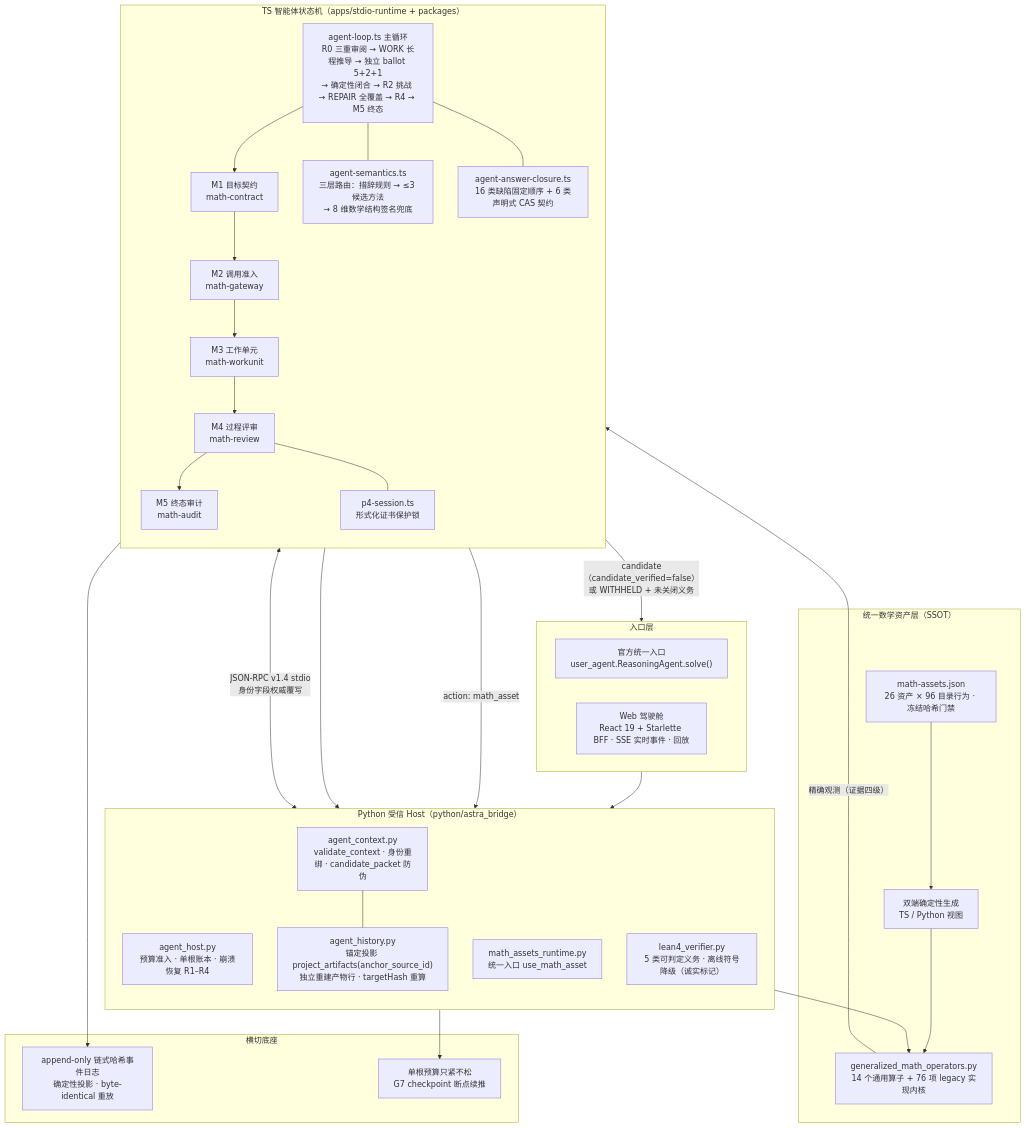
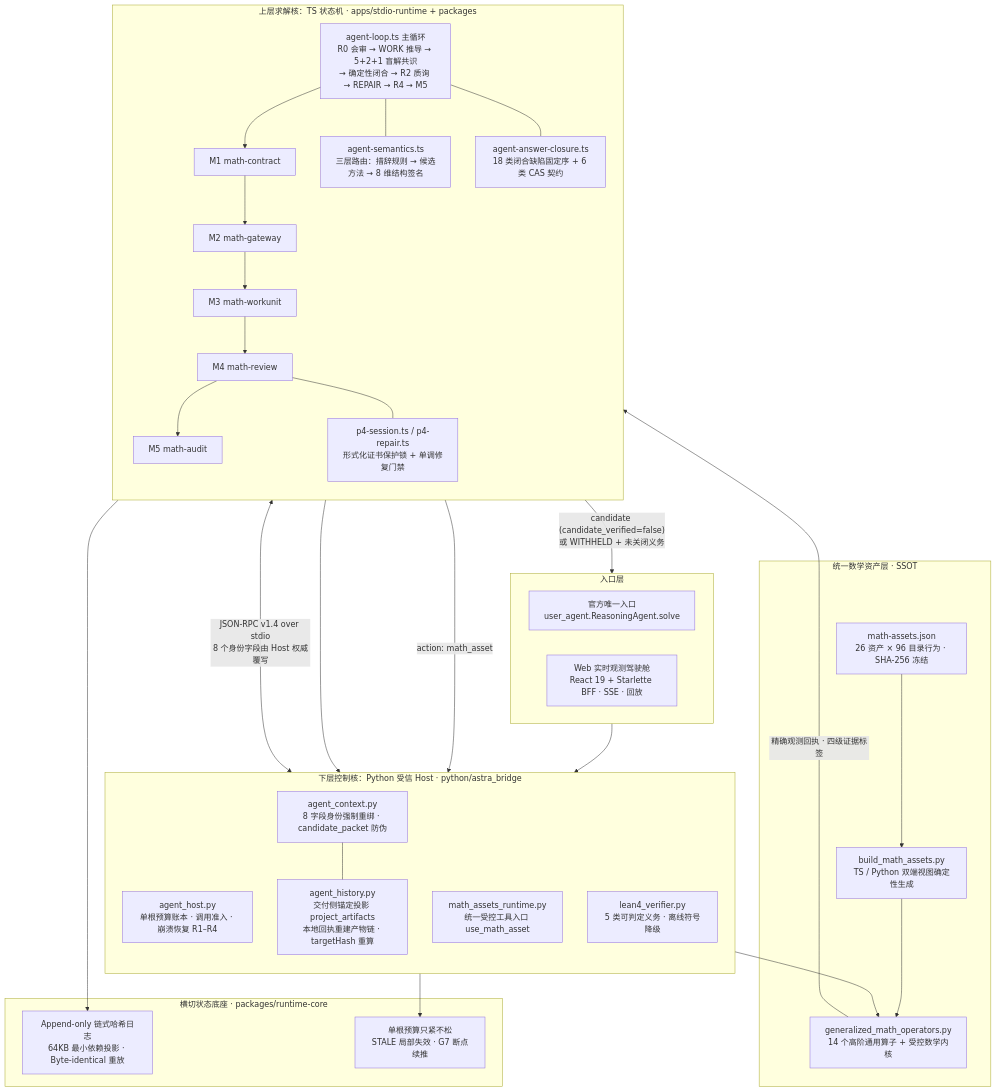
The diagram in README.md (3294682143-gif/astra-refactored), drawn with Mermaid before and after one commit. The commit also changed other lines of this file, not shown here.

Commit message:
docs(readme): rewrite README for Zygos v15 architecture, eval200 ablation & web demo

````diff
--- a/README.md
+++ b/README.md
@@ -37,56 +36,56 @@
 ```mermaid
 flowchart TD
     subgraph ENTRY["入口层"]
-        API["官方统一入口<br/>user_agent.ReasoningAgent.solve()"]
-        WEB["Web 驾驶舱<br/>React 19 + Starlette BFF · SSE 实时事件 · 回放"]
+        API["官方唯一入口<br/>user_agent.ReasoningAgent.solve"]
+        WEB["Web 实时观测驾驶舱<br/>React 19 + Starlette BFF · SSE · 回放"]
     end
 
-    subgraph HOST["Python 受信 Host（python/astra_bridge）"]
+    subgraph HOST["下层控制核：Python 受信 Host · python/astra_bridge"]
         direction TB
-        AH["agent_host.py<br/>预算准入 · 单根账本 · 崩溃恢复 R1–R4"]
-        AC["agent_context.py<br/>validate_context · 身份重绑 · candidate_packet 防伪"]
-        AHIS["agent_history.py<br/>锚定投影 project_artifacts(anchor_source_id)<br/>独立重建产物行 · targetHash 重算"]
-        AM["math_assets_runtime.py<br/>统一入口 use_math_asset"]
-        LV["lean4_verifier.py<br/>5 类可判定义务 · 离线符号降级（诚实标记）"]
+        AH["agent_host.py<br/>单根预算账本 · 调用准入 · 崩溃恢复 R1–R4"]
+        AC["agent_context.py<br/>8 字段身份强制重绑 · candidate_packet 防伪"]
+        AHIS["agent_history.py<br/>交付侧锚定投影 project_artifacts<br/>本地回执重建产物链 · targetHash 重算"]
+        AM["math_assets_runtime.py<br/>统一受控工具入口 use_math_asset"]
+        LV["lean4_verifier.py<br/>5 类可判定义务 · 离线符号降级"]
     end
 
-    subgraph TSM["TS 智能体状态机（apps/stdio-runtime + packages）"]
+    subgraph TSM["上层求解核：TS 状态机 · apps/stdio-runtime + packages"]
         direction TB
-        LOOP["agent-loop.ts 主循环<br/>R0 三重审阅 → WORK 长程推导 → 独立 ballot 5+2+1<br/>→ 确定性闭合 → R2 挑战 → REPAIR 全覆盖 → R4 → M5 终态"]
-        SEM["agent-semantics.ts<br/>三层路由：措辞规则 → ≤3 候选方法<br/>→ 8 维数学结构签名兜底"]
-        CLO["agent-answer-closure.ts<br/>16 类缺陷固定顺序 + 6 类声明式 CAS 契约"]
-        P4["p4-session.ts<br/>形式化证书保护锁"]
-        M1["M1 目标契约<br/>math-contract"]
-        M2["M2 调用准入<br/>math-gateway"]
-        M3["M3 工作单元<br/>math-workunit"]
-        M4["M4 过程评审<br/>math-review"]
-        M5["M5 终态审计<br/>math-audit"]
+        LOOP["agent-loop.ts 主循环<br/>R0 会审 → WORK 推导 → 5+2+1 盲解共识<br/>→ 确定性闭合 → R2 质询 → REPAIR → R4 → M5"]
+        SEM["agent-semantics.ts<br/>三层路由：措辞规则 → 候选方法 → 8 维结构签名"]
+        CLO["agent-answer-closure.ts<br/>18 类闭合缺陷固定序 + 6 类 CAS 契约"]
+        P4["p4-session.ts / p4-repair.ts<br/>形式化证书保护锁 + 单调修复门禁"]
+        M1["M1 math-contract"]
+        M2["M2 math-gateway"]
+        M3["M3 math-workunit"]
+        M4["M4 math-review"]
+        M5["M5 math-audit"]
         LOOP --> M1 --> M2 --> M3 --> M4 --> M5
         LOOP --- SEM
         LOOP --- CLO
         M4 --- P4
     end
 
-    subgraph ASSETS["统一数学资产层（SSOT）"]
-        JSON["math-assets.json<br/>26 资产 × 96 目录行为 · 冻结哈希门禁"]
-        GEN["双端确定性生成<br/>TS / Python 视图"]
-        OPS["generalized_math_operators.py<br/>14 个通用算子 + 76 项 legacy 实现内核"]
+    subgraph ASSETS["统一数学资产层 · SSOT"]
+        JSON["math-assets.json<br/>26 资产 × 96 目录行为 · SHA-256 冻结"]
+        GEN["build_math_assets.py<br/>TS / Python 双端视图确定性生成"]
+        OPS["generalized_math_operators.py<br/>14 个高阶通用算子 + 受控数学内核"]
         JSON --> GEN --> OPS
     end
 
-    subgraph BASE["横切底座"]
-        LOG["append-only 链式哈希事件日志<br/>确定性投影 · byte-identical 重放"]
-        BUD["单根预算只紧不松<br/>G7 checkpoint 断点续推"]
+    subgraph BASE["横切状态底座 · packages/runtime-core"]
+        LOG["Append-only 链式哈希日志<br/>64KB 最小依赖投影 · Byte-identical 重放"]
+        BUD["单根预算只紧不松<br/>STALE 局部失效 · G7 断点续推"]
     end
 
     ENTRY --> HOST
-    HOST <-->|"JSON-RPC v1.4 stdio<br/>身份字段权威覆写"| TSM
+    HOST <-->|"JSON-RPC v1.4 over stdio<br/>8 个身份字段由 Host 权威覆写"| TSM
     LOOP -->|"action: math_asset"| AM
     AM --> OPS
-    OPS -->|"精确观测（证据四级）"| LOOP
+    OPS -->|"精确观测回执 · 四级证据标签"| LOOP
     CLO --> LV
     AC --- AHIS
     TSM --> LOG
     HOST --> BUD
-    M5 -->|"candidate（candidate_verified=false）<br/>或 WITHHELD + 未关闭义务"| ENTRY
+    M5 -->|"candidate (candidate_verified=false)<br/>或 WITHHELD + 未关闭义务"| ENTRY
 ```
````
